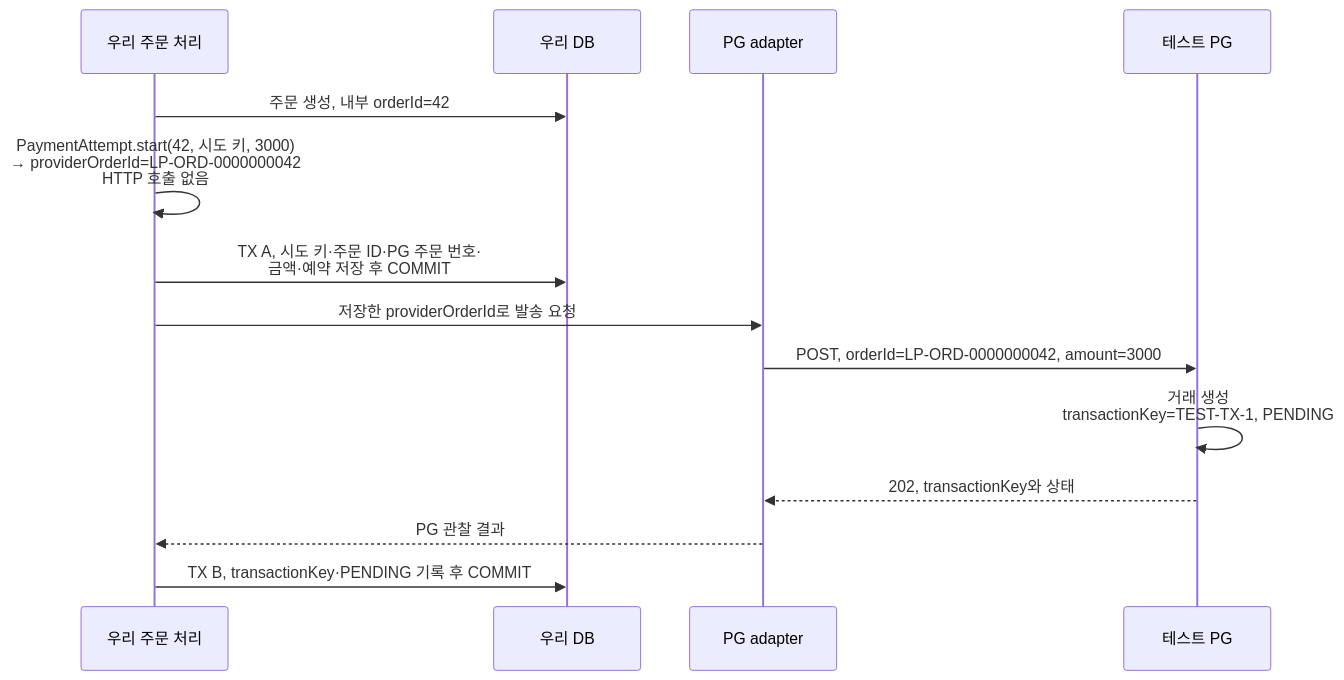
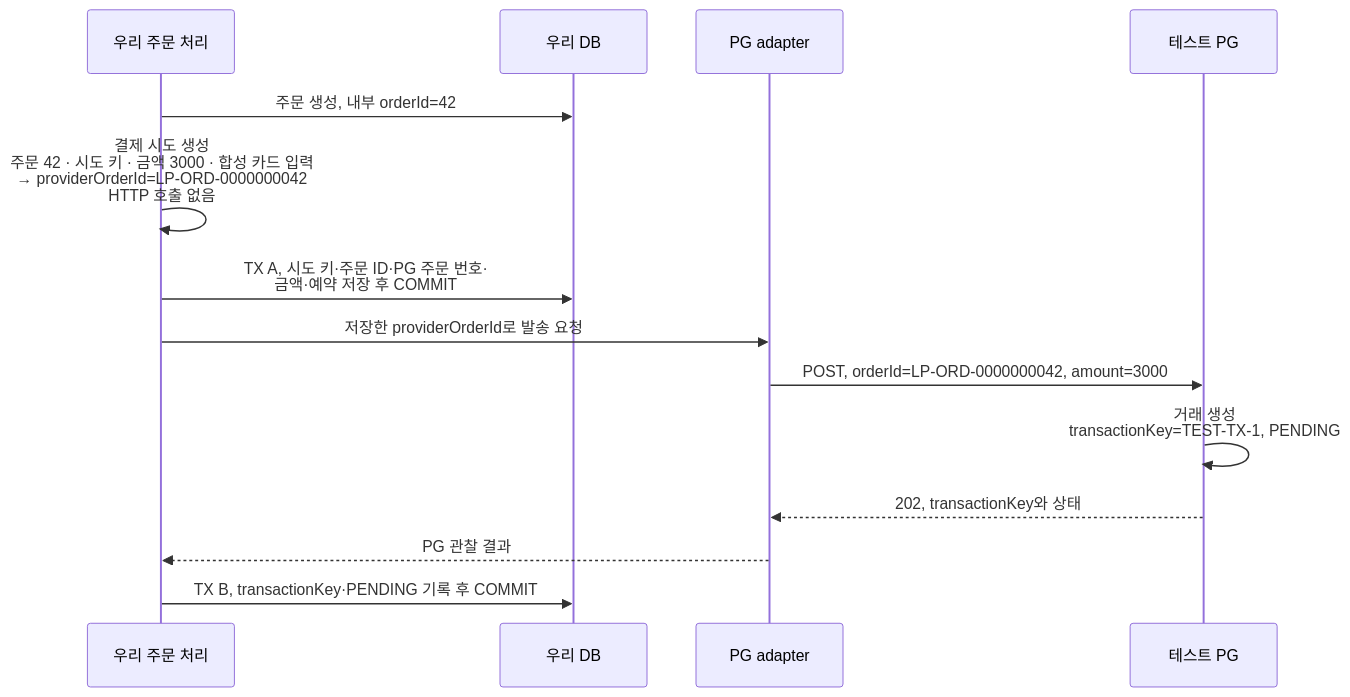
The sixth of 7 diagrams in docs/week5/payment-flow.md (hyeon-aa/loop-pack-be-l2-vol5-java), drawn with Mermaid before and after one commit. The commit also changed other lines of this file and 4 other files, not shown here.

````diff
--- a/docs/week5/payment-flow.md
+++ b/docs/week5/payment-flow.md
@@ -245,17 +246,17 @@
 ```mermaid
 sequenceDiagram
     participant O as 우리 주문 처리
     participant D as 우리 DB
     participant A as PG adapter
     participant P as 테스트 PG
 
     O->>D: 주문 생성, 내부 orderId=42
-    O->>O: PaymentAttempt.start(42, 시도 키, 3000)<br/>→ providerOrderId=LP-ORD-0000000042<br/>HTTP 호출 없음
+    O->>O: 결제 시도 생성<br/>주문 42 · 시도 키 · 금액 3000 · 합성 카드 입력<br/>→ providerOrderId=LP-ORD-0000000042<br/>HTTP 호출 없음
     O->>D: TX A, 시도 키·주문 ID·PG 주문 번호·<br/>금액·예약 저장 후 COMMIT
     O->>A: 저장한 providerOrderId로 발송 요청
     A->>P: POST, orderId=LP-ORD-0000000042, amount=3000
     P->>P: 거래 생성<br/>transactionKey=TEST-TX-1, PENDING
     P-->>A: 202, transactionKey와 상태
     A-->>O: PG 관찰 결과
     O->>D: TX B, transactionKey·PENDING 기록 후 COMMIT
 ```
````
